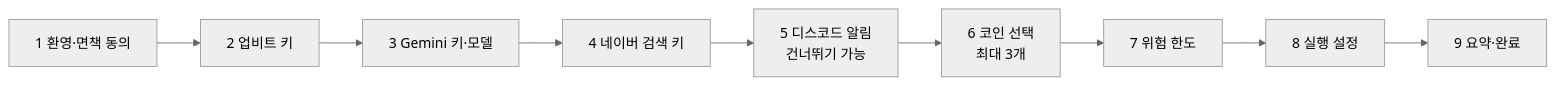
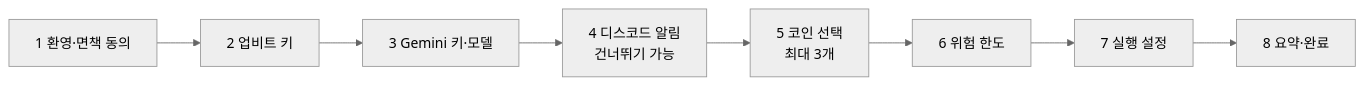
One commit to khy920723/upbit-autotrader changed the second of 4 diagrams in docs/02-ux/screen-flow.md. Above: the diagram before and after it, drawn with Mermaid (neutral theme). The commit also changed other lines of this file and 33 other files, not shown here.

````diff
--- a/docs/02-ux/screen-flow.md
+++ b/docs/02-ux/screen-flow.md
@@ -48,11 +48,10 @@
 ```mermaid
 flowchart LR
     W1[1 환영·면책 동의] --> W2[2 업비트 키]
     W2 --> W3[3 Gemini 키·모델]
-    W3 --> W4[4 네이버 검색 키]
-    W4 --> W5["5 디스코드 알림<br/>건너뛰기 가능"]
-    W5 --> W6["6 코인 선택<br/>최대 3개"]
-    W6 --> W7[7 위험 한도]
-    W7 --> W8[8 실행 설정]
-    W8 --> W9[9 요약·완료]
+    W3 --> W5["4 디스코드 알림<br/>건너뛰기 가능"]
+    W5 --> W6["5 코인 선택<br/>최대 3개"]
+    W6 --> W7[6 위험 한도]
+    W7 --> W8[7 실행 설정]
+    W8 --> W9[8 요약·완료]
 ```
````
